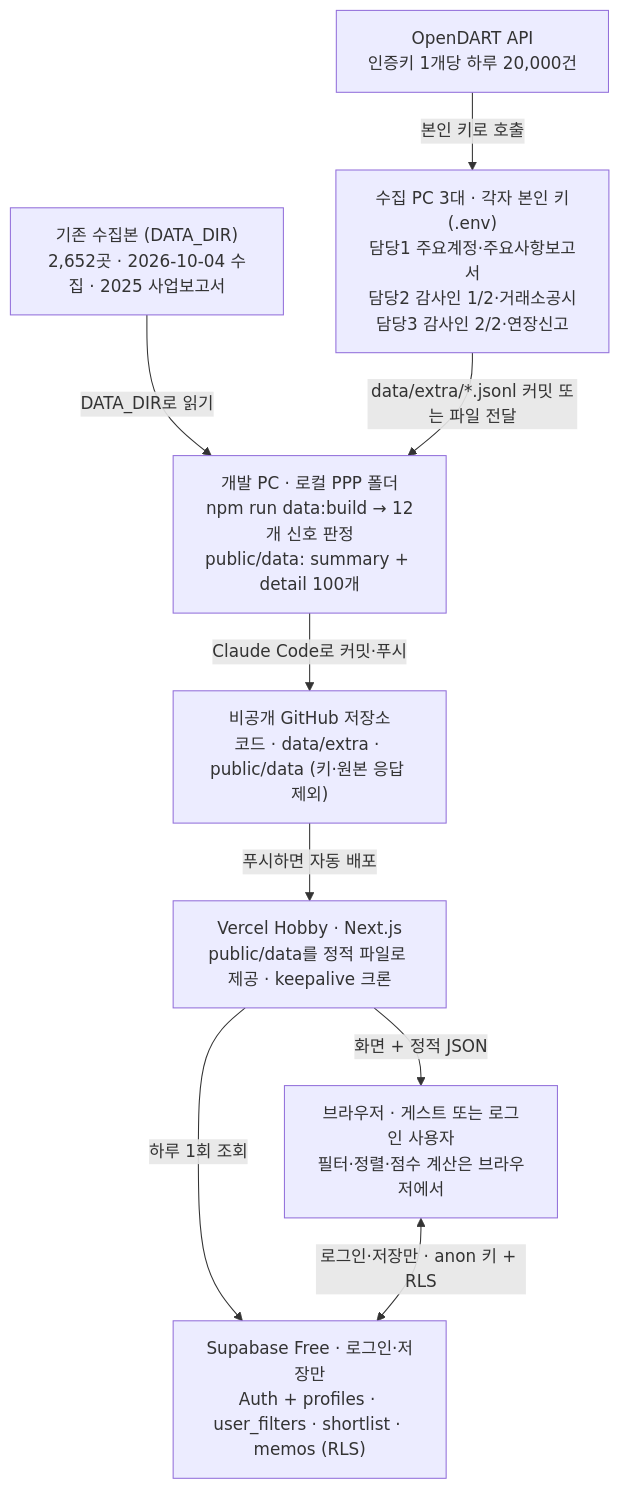
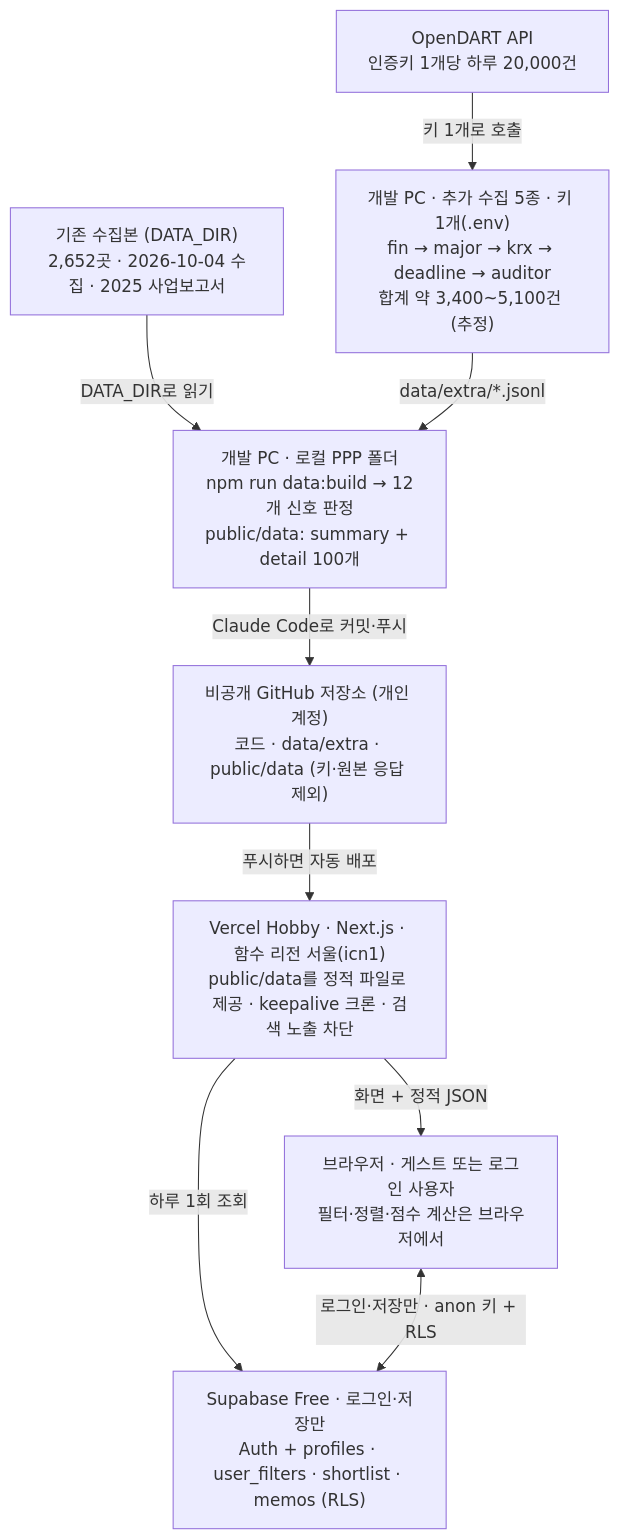
The diagram in docs/design.md (YTS-12/PPP-PWC-PA-PARTNER-), drawn with Mermaid before and after one commit. The commit also changed other lines of this file and 21 other files, not shown here.

````diff
--- a/docs/design.md
+++ b/docs/design.md
@@ -44,19 +44,19 @@
 ```mermaid
 flowchart TD
   base["기존 수집본 (DATA_DIR)<br/>2,652곳 · 2026-10-04 수집 · 2025 사업보고서"]
   dart["OpenDART API<br/>인증키 1개당 하루 20,000건"]
-  col["수집 PC 3대 · 각자 본인 키(.env)<br/>담당1 주요계정·주요사항보고서<br/>담당2 감사인 1/2·거래소공시<br/>담당3 감사인 2/2·연장신고"]
+  col["개발 PC · 추가 수집 5종 · 키 1개(.env)<br/>fin → major → krx → deadline → auditor<br/>합계 약 3,400~5,100건 (추정)"]
   dev["개발 PC · 로컬 PPP 폴더<br/>npm run data:build → 12개 신호 판정<br/>public/data: summary + detail 100개"]
-  gh["비공개 GitHub 저장소<br/>코드 · data/extra · public/data (키·원본 응답 제외)"]
-  vc["Vercel Hobby · Next.js<br/>public/data를 정적 파일로 제공 · keepalive 크론"]
+  gh["비공개 GitHub 저장소 (개인 계정)<br/>코드 · data/extra · public/data (키·원본 응답 제외)"]
+  vc["Vercel Hobby · Next.js · 함수 리전 서울(icn1)<br/>public/data를 정적 파일로 제공 · keepalive 크론 · 검색 노출 차단"]
   sb["Supabase Free · 로그인·저장만<br/>Auth + profiles · user_filters · shortlist · memos (RLS)"]
   br["브라우저 · 게스트 또는 로그인 사용자<br/>필터·정렬·점수 계산은 브라우저에서"]
   base -->|DATA_DIR로 읽기| dev
-  dart -->|본인 키로 호출| col
-  col -->|data/extra/*.jsonl 커밋 또는 파일 전달| dev
+  dart -->|키 1개로 호출| col
+  col -->|data/extra/*.jsonl| dev
   dev -->|Claude Code로 커밋·푸시| gh
   gh -->|푸시하면 자동 배포| vc
   vc -->|하루 1회 조회| sb
   vc -->|화면 + 정적 JSON| br
   br <-->|로그인·저장만 · anon 키 + RLS| sb
 ```
````
